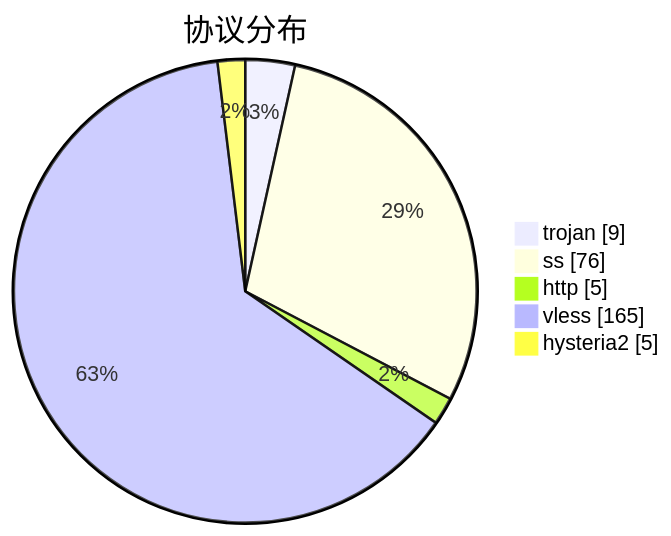
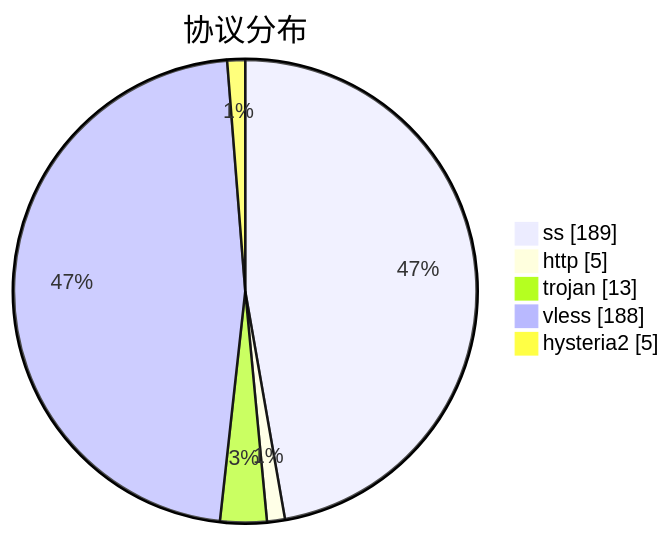
One commit to qjlxg/airport changed the third of 3 diagrams in subs/statistics/tested_within.md. Above: the diagram before and after it, drawn with Mermaid. The commit also changed other lines of this file and 2 other files, not shown here.

````diff
--- a/subs/statistics/tested_within.md
+++ b/subs/statistics/tested_within.md
@@ -18,9 +18,9 @@
 ```mermaid
 pie showData
 title 协议分布
-"trojan" : 9
-"ss" : 76
+"ss" : 189
 "http" : 5
-"vless" : 165
+"trojan" : 13
+"vless" : 188
 "hysteria2" : 5
 ```
````
